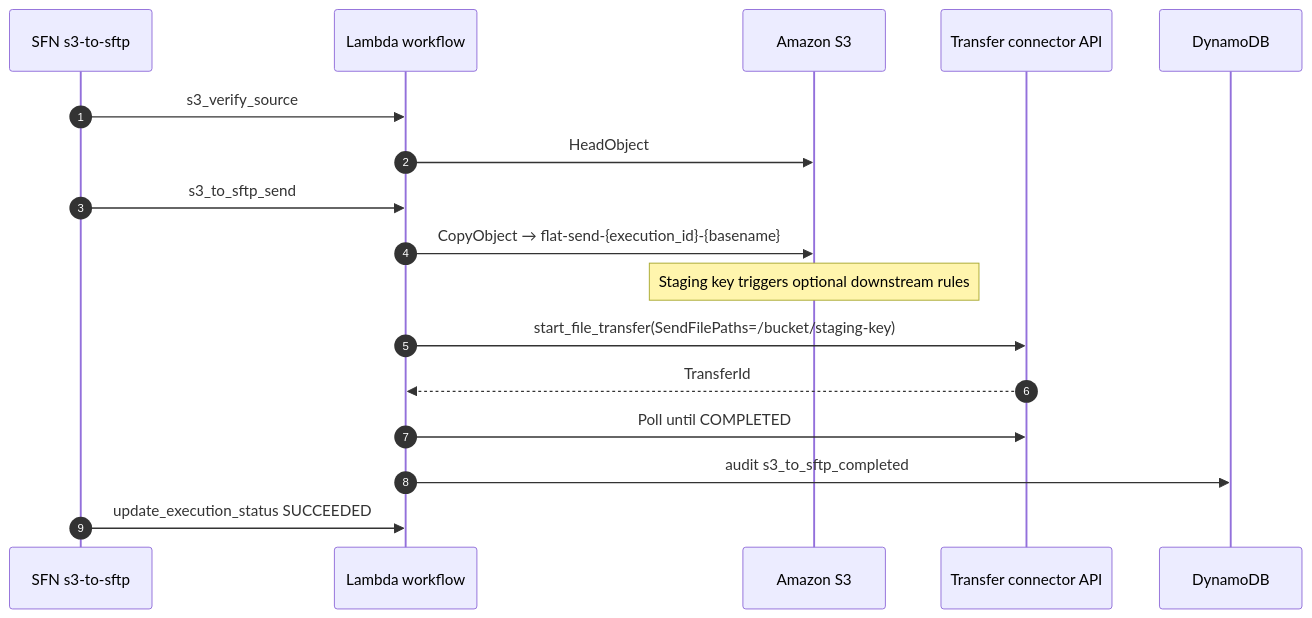
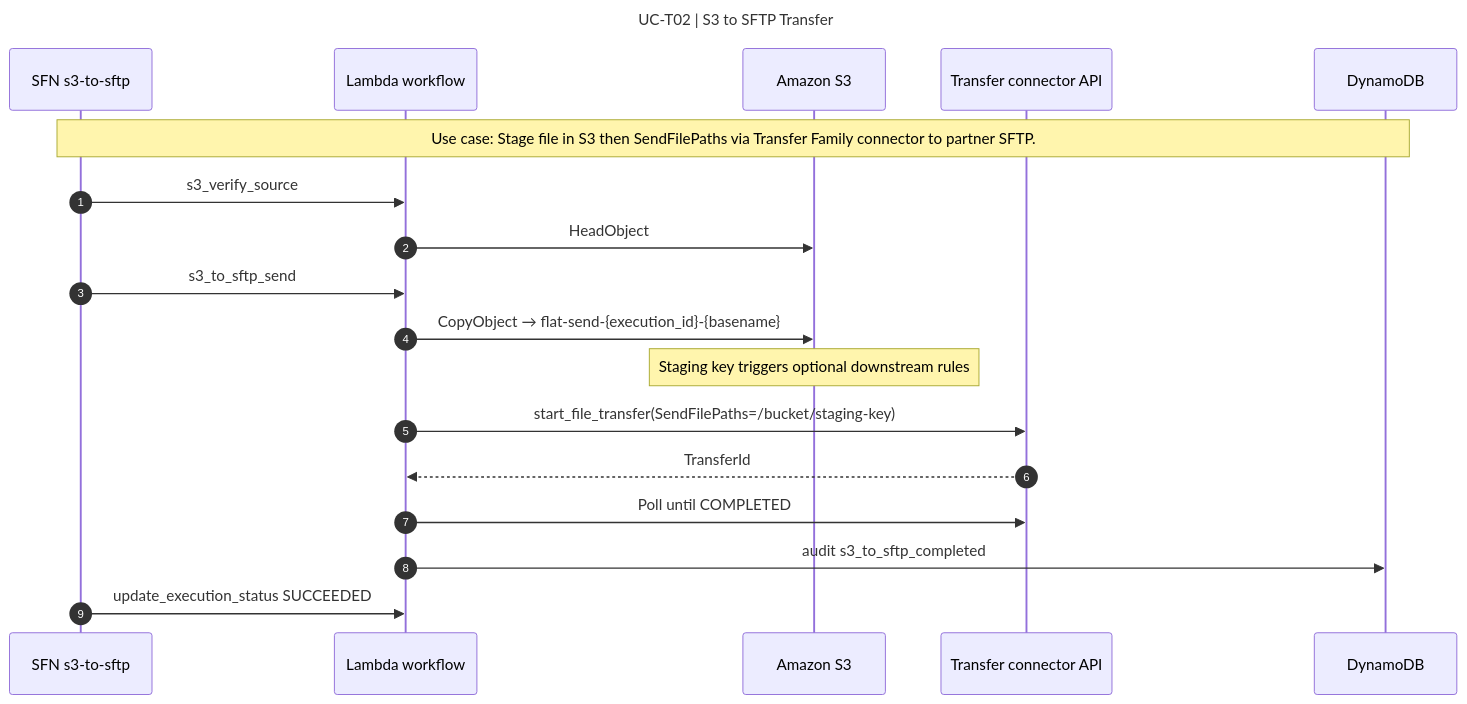
The ninth of 31 diagrams in docs/SEQUENCE_DIAGRAMS.md (bayareala8s/BayRelayAI), drawn with Mermaid before and after one commit. The commit also changed other lines of this file and 68 other files, not shown here.

First line of the commit message:
Add title and use-case labels to all sequence diagrams.

````diff
--- a/docs/SEQUENCE_DIAGRAMS.md
+++ b/docs/SEQUENCE_DIAGRAMS.md
@@ -256,20 +303,24 @@
 ```mermaid
+---
+title: UC-T02 | S3 to SFTP Transfer
+---
 sequenceDiagram
   autonumber
   participant Child as SFN s3-to-sftp
   participant WF as Lambda workflow
   participant S3 as Amazon S3
   participant TF as Transfer connector API
   participant DDB as DynamoDB
+  Note over Child,DDB: Use case: Stage file in S3 then SendFilePaths via Transfer Family connector to partner SFTP.
 
   Child->>WF: s3_verify_source
   WF->>S3: HeadObject
   Child->>WF: s3_to_sftp_send
   WF->>S3: CopyObject → flat-send-{execution_id}-{basename}
   Note over S3: Staging key triggers optional downstream rules
   WF->>TF: start_file_transfer(SendFilePaths=/bucket/staging-key)
   TF-->>WF: TransferId
   WF->>TF: Poll until COMPLETED
   WF->>DDB: audit s3_to_sftp_completed
   Child->>WF: update_execution_status SUCCEEDED
 ```
````
